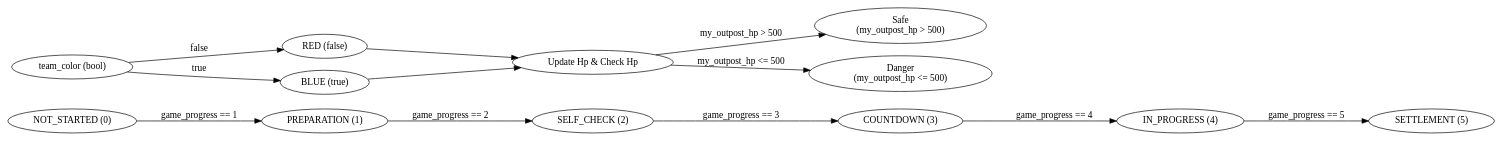
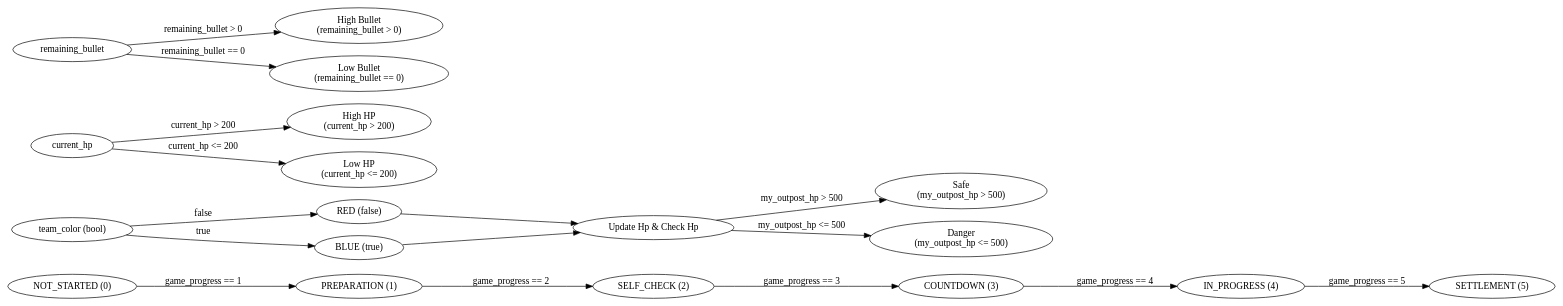
Before and after one commit to Birdiebot2024/rm_sentry_FSM: the diagram in sentry_FSM.dot, drawn with Graphviz. The commit also changed 3 other files, not shown here.

Commit message:
更新自身血量、剩余弹量检测，简化ros2发送话题，更新流程图

```diff
--- a/sentry_FSM.dot
+++ b/sentry_FSM.dot
@@ -1,41 +1,60 @@
 digraph StateMachines {
     rankdir=LR;
 
     subgraph game_status_state_machine {
         label = "GameStateMachine";
         style=filled;
         color=lightgrey;
         
         NOT_STARTED -> PREPARATION [label="game_progress == 1"];
         PREPARATION -> SELF_CHECK [label="game_progress == 2"];
         SELF_CHECK -> COUNTDOWN [label="game_progress == 3"];
         COUNTDOWN -> IN_PROGRESS [label="game_progress == 4"];
         IN_PROGRESS -> SETTLEMENT [label="game_progress == 5"];
 
         NOT_STARTED [label="NOT_STARTED (0)"];
         PREPARATION [label="PREPARATION (1)"];
         SELF_CHECK [label="SELF_CHECK (2)"];
         COUNTDOWN [label="COUNTDOWN (3)"];
         IN_PROGRESS [label="IN_PROGRESS (4)"];
         SETTLEMENT [label="SETTLEMENT (5)"];
     }
 
     subgraph outpost_state_machine {
         label = "OutpostStateMachine";
         style=filled;
         color=lightyellow;
 
         team_color [label="team_color (bool)"];
         RED [label="RED (false)"];
         BLUE [label="BLUE (true)"];
         Safe [label="Safe\n(my_outpost_hp > 500)"];
         Danger [label="Danger\n(my_outpost_hp <= 500)"];
 
         team_color -> RED [label="false"];
         team_color -> BLUE [label="true"];
         RED -> "Update Hp & Check Hp";
         BLUE -> "Update Hp & Check Hp";
         "Update Hp & Check Hp" -> Safe [label="my_outpost_hp > 500"];
         "Update Hp & Check Hp" -> Danger [label="my_outpost_hp <= 500"];
     }
+
+    subgraph robot_status_state_machine {
+        label = "RobotStatusStateMachine";
+        style=filled;
+        color=lightblue;
+
+        current_hp [label="current_hp"];
+        remaining_bullet [label="remaining_bullet"];
+
+        high_hp [label="High HP\n(current_hp > 200)"];
+        low_hp [label="Low HP\n(current_hp <= 200)"];
+        high_bullet [label="High Bullet\n(remaining_bullet > 0)"];
+        low_bullet [label="Low Bullet\n(remaining_bullet == 0)"];
+
+        current_hp -> high_hp [label="current_hp > 200"];
+        current_hp -> low_hp [label="current_hp <= 200"];
+        remaining_bullet -> high_bullet [label="remaining_bullet > 0"];
+        remaining_bullet -> low_bullet [label="remaining_bullet == 0"];
+    }
 }
```
